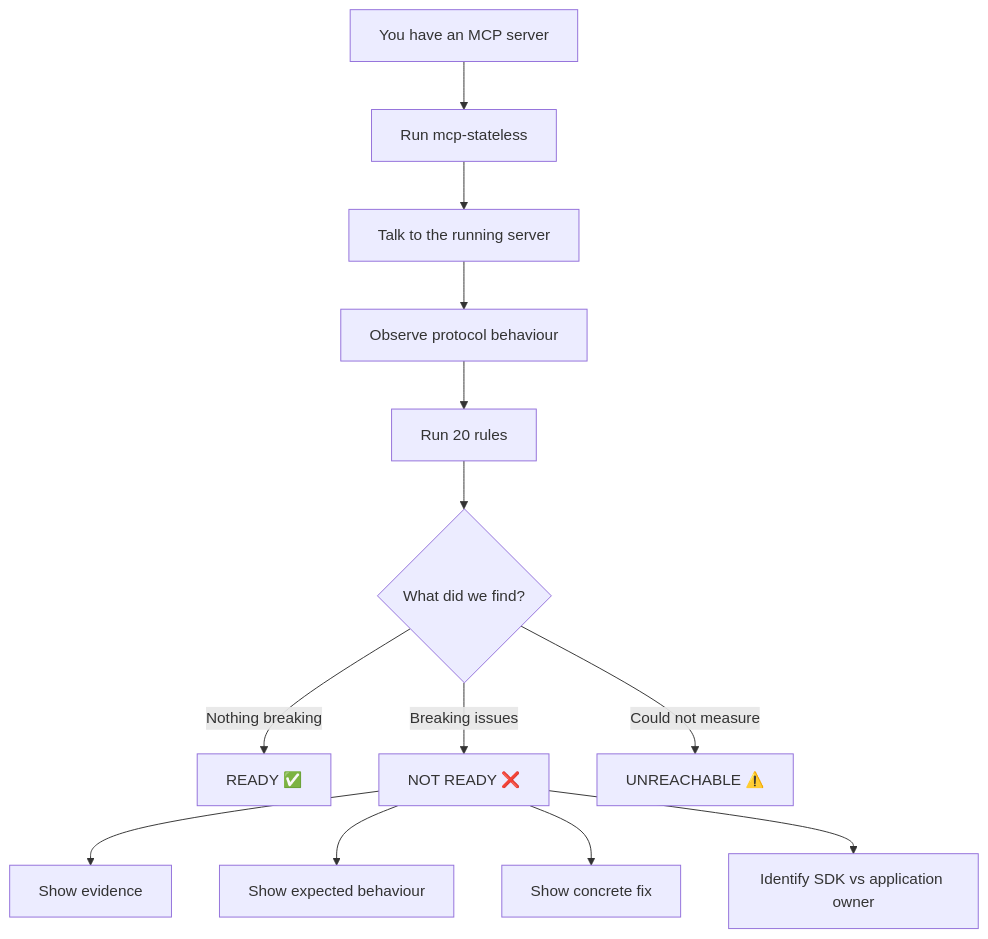
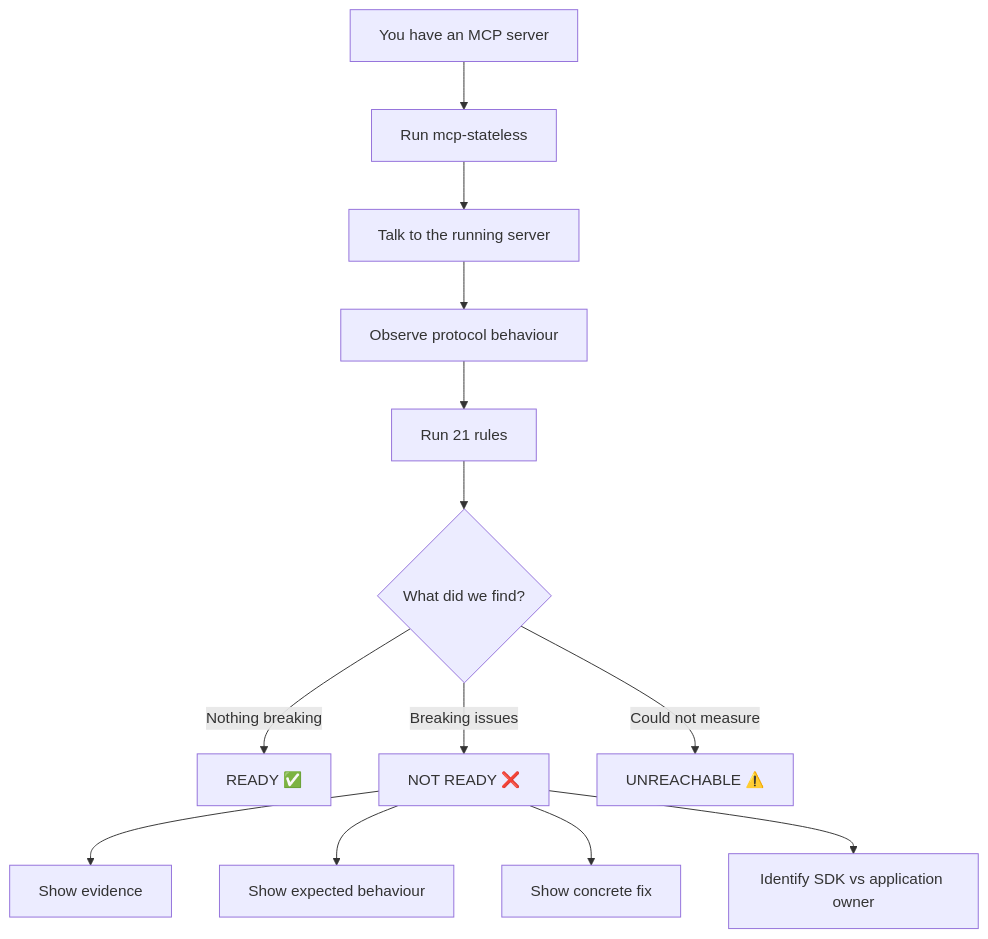
One commit to Khanthtutzin/mcp-stateless changed the tenth of 10 diagrams in docs/MCP_PROJECT_EXPLANATION.md. Above: the diagram before and after it, drawn with Mermaid. The commit also changed other lines of this file and 18 other files, not shown here.

````diff
--- a/docs/MCP_PROJECT_EXPLANATION.md
+++ b/docs/MCP_PROJECT_EXPLANATION.md
@@ -262,15 +262,15 @@
 ```mermaid
 flowchart TB
     A[You have an MCP server] --> B[Run mcp-stateless]
     B --> C[Talk to the running server]
     C --> D[Observe protocol behaviour]
-    D --> E[Run 20 rules]
+    D --> E[Run 21 rules]
     E --> F{What did we find?}
     F -->|Nothing breaking| G[READY ✅]
     F -->|Breaking issues| H[NOT READY ❌]
     F -->|Could not measure| I[UNREACHABLE ⚠️]
     H --> J[Show evidence]
     H --> K[Show expected behaviour]
     H --> L[Show concrete fix]
     H --> M[Identify SDK vs application owner]
 ```
````
